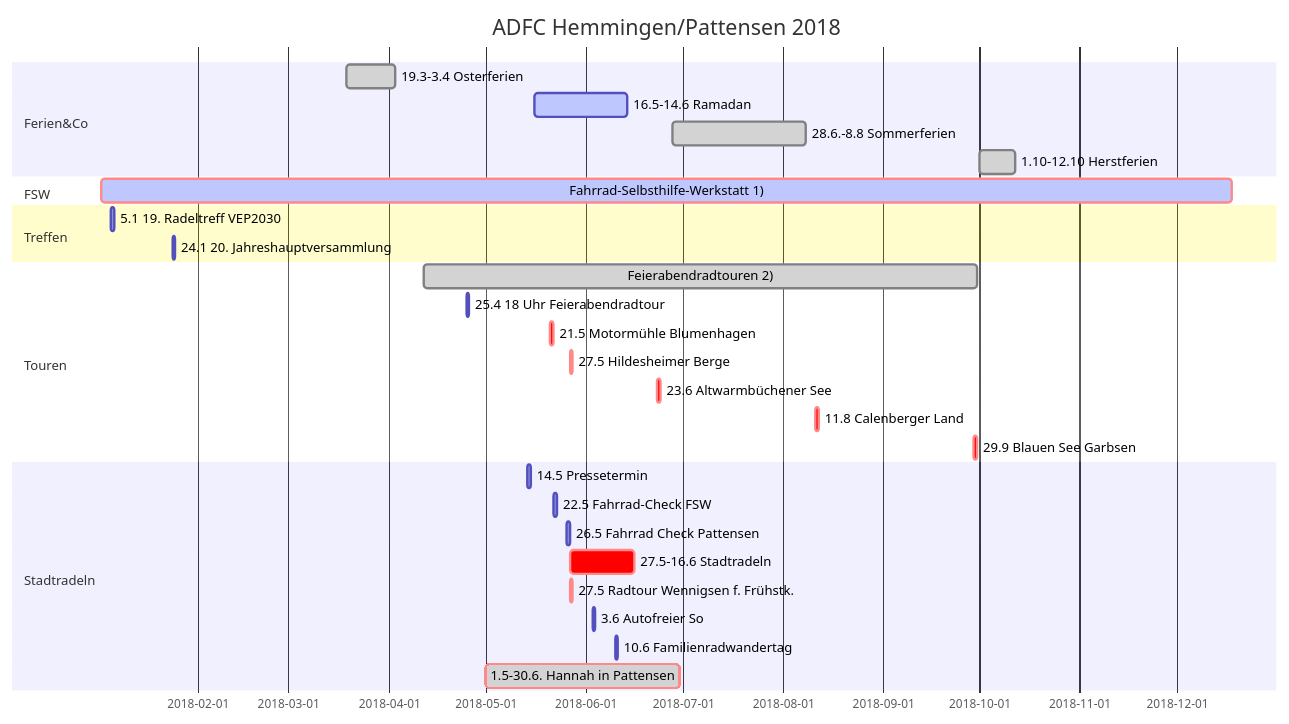
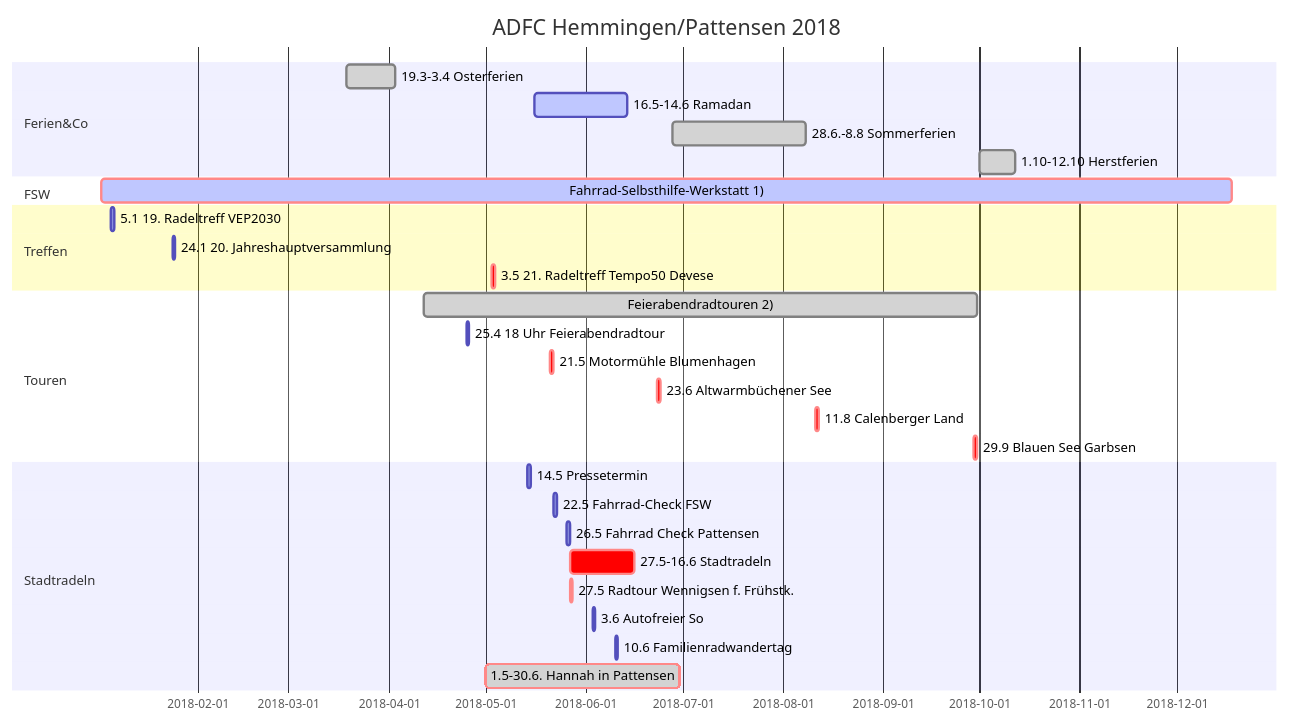
One commit to adfc-hemmingen-pattensen/adfc-hemmingen-pattensen.github.io changed the diagram in index.md. Above: the diagram before and after it, drawn with Mermaid. The commit also changed other lines of this file and 1 other file, not shown here.

Commit message:
Vorankündigung - 21. Radeltreff Tempo 50

````diff
--- a/index.md
+++ b/index.md
@@ -57,38 +69,39 @@
 ```{.mermaid format=svg  theme=forest caption="ADFC Hemmingen/Pattensen"}
 gantt
   title ADFC Hemmingen/Pattensen 2018
   dateFormat  DD.MM.YY
 
 section Ferien&Co
   19.3-3.4 Osterferien                        :done,        19.03.18, 03.04.18
   16.5-14.6  Ramadan                          :active,done, 16.05.18, 14.06.18
   28.6.-8.8 Sommerferien                      :done,        28.06.18, 08.08.18
   1.10-12.10 Herstferien                      :done,        01.10.18, 12.10.18
 
 section FSW
   Fahrrad-Selbsthilfe-Werkstatt 1)            :crit,active, 02.01.18, 18.12.18
 
 section Treffen
-  5.1 19. Radeltreff VEP2030                  :             05.01.18, 1d
-  24.1 20. Jahreshauptversammlung             :             24.01.18, 1d
+  5.1 19. Radeltreff VEP2030        : 05.01.18, 1d
+  24.1 20. Jahreshauptversammlung   : 24.01.18, 1d
+  3.5 21. Radeltreff Tempo50 Devese : crit, 03.05.18, 1d
 
 section Touren
-  Feierabendradtouren 2)                      :done,        12.04.18, 30.09.18
-  25.4 18 Uhr Feierabendradtour               :             25.04.18,1d
-  21.5 Motormühle Blumenhagen                 :crit,        21.05.18,1d
-  27.5 Hildesheimer Berge                     : crit,       27.05.18, 1d
-  23.6 Altwarmbüchener See                    :crit,        23.06.18,1d
-  11.8 Calenberger Land                       :crit,        11.08.18,1d
-  29.9 Blauen See Garbsen                     :crit,        29.09.18,1d
+  Feierabendradtouren 2)        :done, 12.04.18, 30.09.18
+  25.4 18 Uhr Feierabendradtour :      25.04.18,1d
+  21.5 Motormühle Blumenhagen   :crit, 21.05.18,1d
+  23.6 Altwarmbüchener See      :crit, 23.06.18,1d
+  11.8 Calenberger Land         :crit, 11.08.18,1d
+  29.9 Blauen See Garbsen       :crit, 29.09.18,1d
+
 
 section Stadtradeln
   14.5 Pressetermin                           :             14.05.18, 1d
   22.5 Fahrrad-Check FSW                      :             22.05.18, 1d
   26.5 Fahrrad Check Pattensen                :             26.05.18, 1d
   27.5-16.6 Stadtradeln                       : crit,       27.05.18, 16.06.18
   27.5 Radtour Wennigsen f. Frühstk.          : crit,       27.05.18, 1d
   3.6 Autofreier So                           :             03.06.18, 1d
   10.6 Familienradwandertag                   :             10.06.18, 1d
   1.5-30.6.  Hannah in Pattensen              :crit, done,  01.05.18, 30.06.18
 
 ```
````
